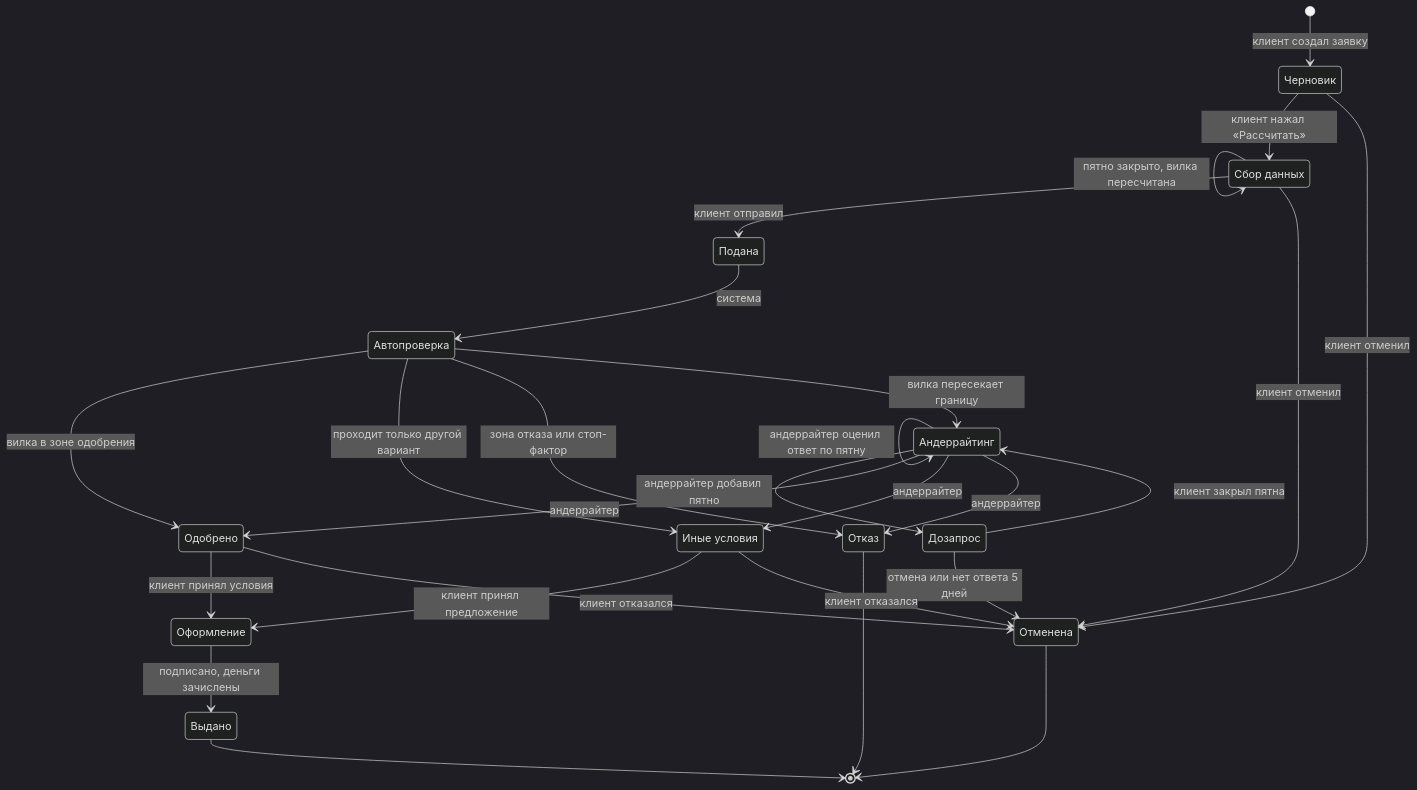
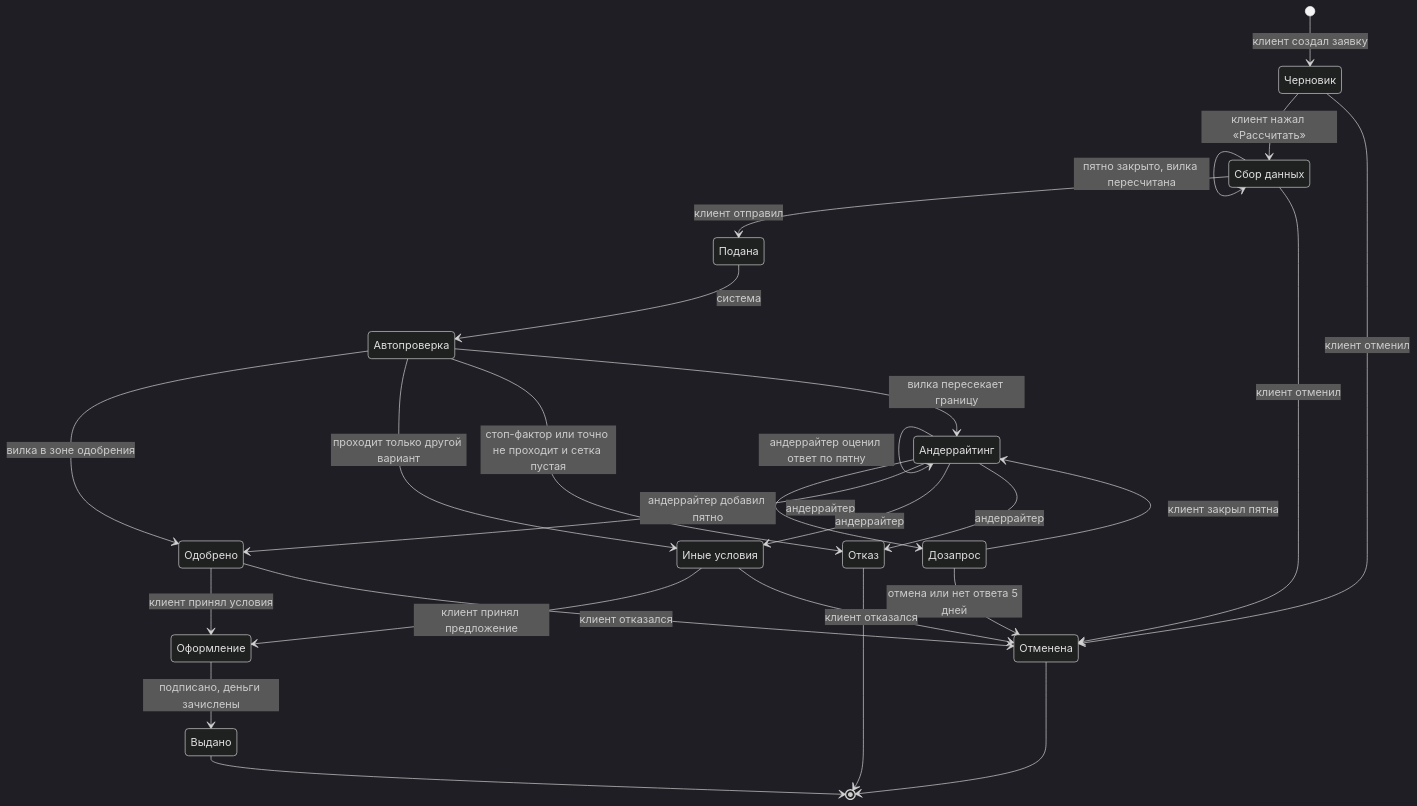
The diagram in docs/day1_backend_application-states.md (arthurpels/alphabank_hackaton), drawn with Mermaid (dark theme) before and after one commit. The commit also changed other lines of this file and 9 other files, not shown here.

````diff
--- a/docs/day1_backend_application-states.md
+++ b/docs/day1_backend_application-states.md
@@ -30,42 +30,42 @@
 ```mermaid
 stateDiagram-v2
     state "Черновик" as DRAFT
     state "Сбор данных" as COLLECTING
     state "Подана" as SUBMITTED
     state "Автопроверка" as AUTO_CHECK
     state "Андеррайтинг" as UNDERWRITING
     state "Дозапрос" as INFO_REQUESTED
     state "Одобрено" as APPROVED
     state "Иные условия" as COUNTER_OFFER
     state "Отказ" as REJECTED
     state "Оформление" as SIGNING
     state "Выдано" as ISSUED
     state "Отменена" as CANCELLED
 
     [*] --> DRAFT: клиент создал заявку
     DRAFT --> COLLECTING: клиент нажал «Рассчитать»
     COLLECTING --> COLLECTING: пятно закрыто, вилка пересчитана
     COLLECTING --> SUBMITTED: клиент отправил
     SUBMITTED --> AUTO_CHECK: система
     AUTO_CHECK --> APPROVED: вилка в зоне одобрения
     AUTO_CHECK --> COUNTER_OFFER: проходит только другой вариант
-    AUTO_CHECK --> REJECTED: зона отказа или стоп-фактор
+    AUTO_CHECK --> REJECTED: стоп-фактор или точно не проходит и сетка пустая
     AUTO_CHECK --> UNDERWRITING: вилка пересекает границу
     UNDERWRITING --> UNDERWRITING: андеррайтер оценил ответ по пятну
     UNDERWRITING --> INFO_REQUESTED: андеррайтер добавил пятно
     INFO_REQUESTED --> UNDERWRITING: клиент закрыл пятна
     UNDERWRITING --> APPROVED: андеррайтер
     UNDERWRITING --> COUNTER_OFFER: андеррайтер
     UNDERWRITING --> REJECTED: андеррайтер
     APPROVED --> SIGNING: клиент принял условия
     COUNTER_OFFER --> SIGNING: клиент принял предложение
     SIGNING --> ISSUED: подписано, деньги зачислены
     DRAFT --> CANCELLED: клиент отменил
     COLLECTING --> CANCELLED: клиент отменил
     INFO_REQUESTED --> CANCELLED: отмена или нет ответа 5 дней
     APPROVED --> CANCELLED: клиент отказался
     COUNTER_OFFER --> CANCELLED: клиент отказался
     REJECTED --> [*]
     ISSUED --> [*]
     CANCELLED --> [*]
 ```
````
